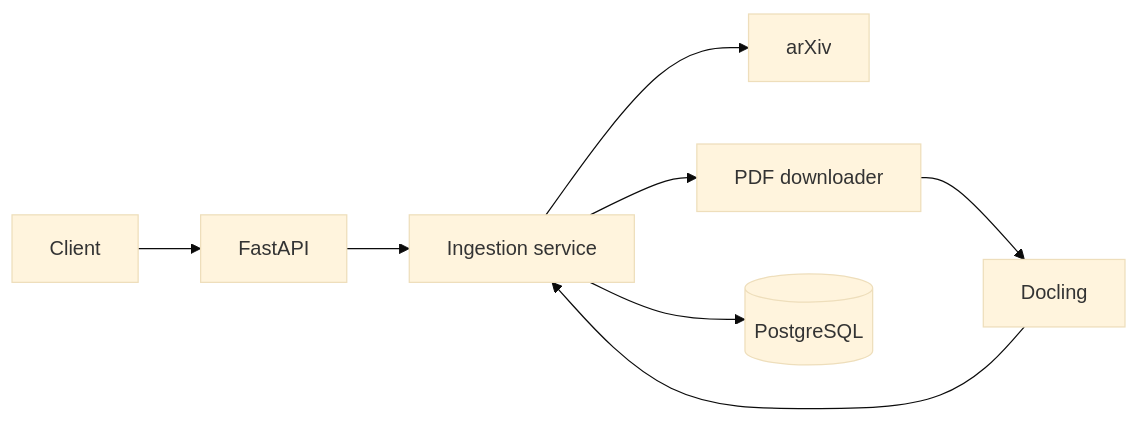
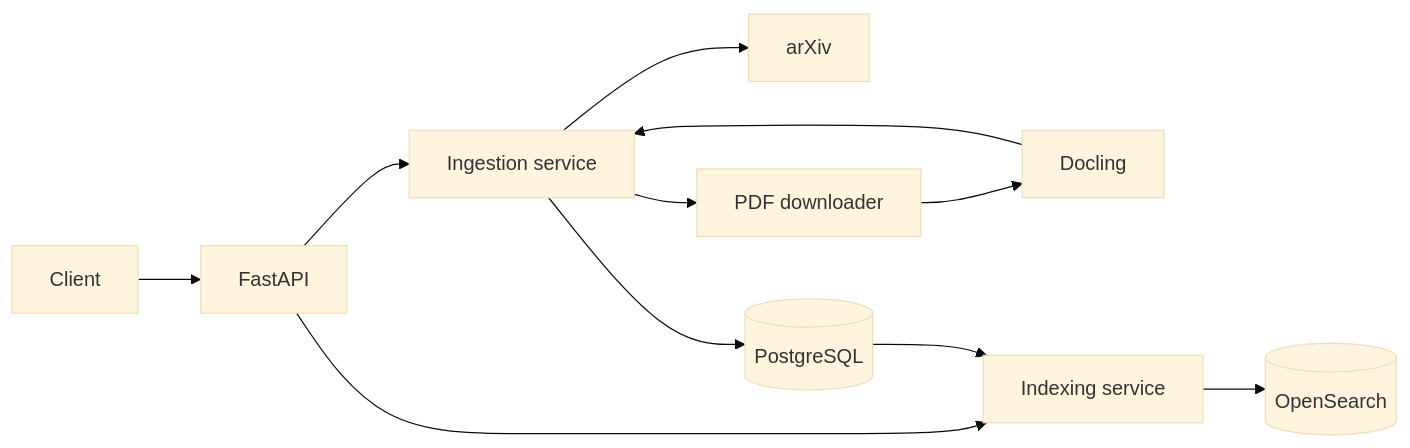
The diagram in README.md (vector94/agentic-research-assistant), drawn with Mermaid (base theme) before and after one commit. The commit also changed other lines of this file and 12 other files, not shown here.

Commit message:
Add OpenSearch indexing pipeline

````diff
--- a/README.md
+++ b/README.md
@@ -19,10 +20,13 @@
 ```mermaid
 flowchart LR
     Client --> FastAPI
     FastAPI --> Ingestion[Ingestion service]
     Ingestion --> arXiv
     Ingestion --> PDF[PDF downloader]
     PDF --> Docling
     Docling --> Ingestion
     Ingestion --> PostgreSQL[(PostgreSQL)]
+    FastAPI --> Indexing[Indexing service]
+    PostgreSQL --> Indexing
+    Indexing --> OpenSearch[(OpenSearch)]
 ```
````
